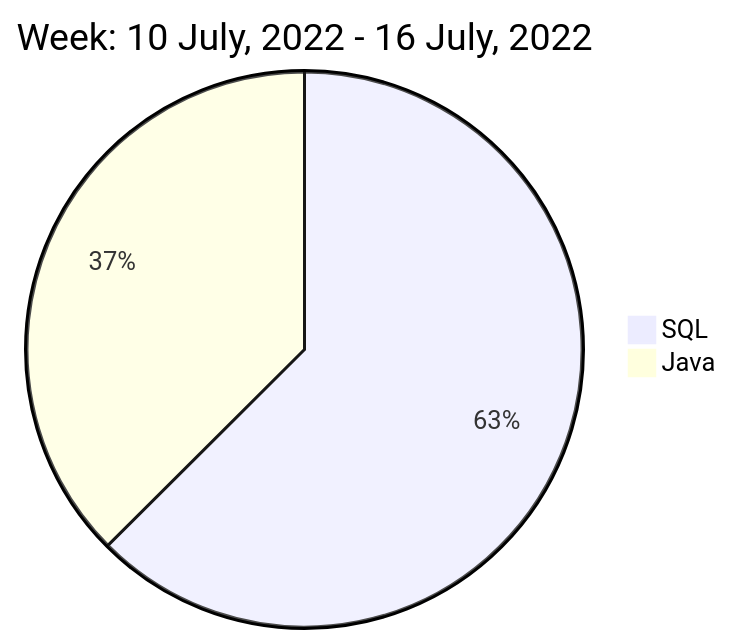
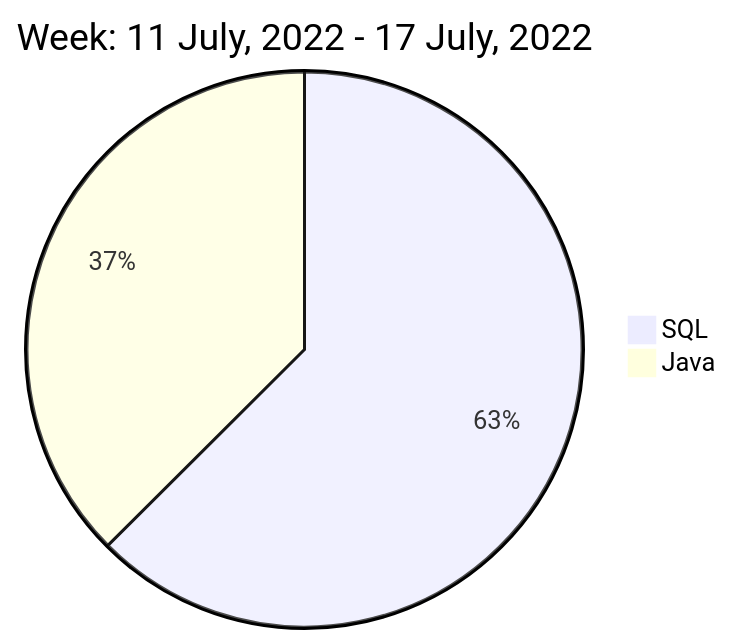
Before and after one commit to liubin95/liubin95: the diagram in README.md, drawn with Mermaid.

Commit message:
Updated the Graph with new Metrics

````diff
--- a/README.md
+++ b/README.md
@@ -40,6 +40,6 @@
 ```mermaid
  pie
-title Week: 10 July, 2022 - 16 July, 2022
+title Week: 11 July, 2022 - 17 July, 2022
  "SQL" : 2.72
  "Java" : 1.63
 ```
````
